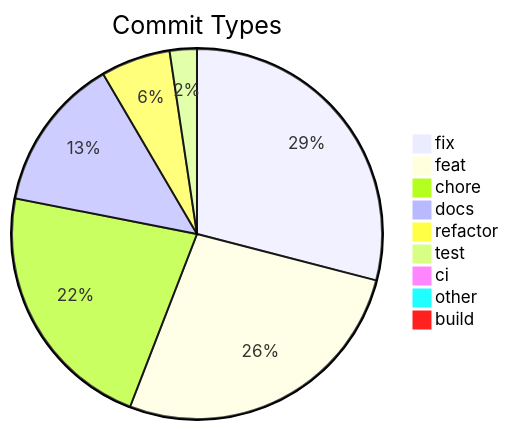
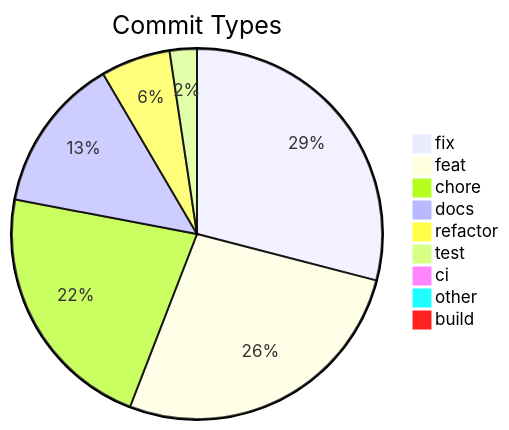
The diagram in .shipwright/compliance/change-history.md (svenroth-ai/shipwright), drawn with Mermaid before and after one commit. The commit also changed other lines of this file and 17 other files, not shown here.

````diff
--- a/.shipwright/compliance/change-history.md
+++ b/.shipwright/compliance/change-history.md
@@ -8,12 +8,12 @@
 ```mermaid
 pie title Commit Types
     "fix" : 306
     "feat" : 283
-    "chore" : 234
-    "docs" : 142
+    "chore" : 233
+    "docs" : 143
     "refactor" : 64
     "test" : 25
     "ci" : 8
     "other" : 7
     "build" : 1
 ```
````
